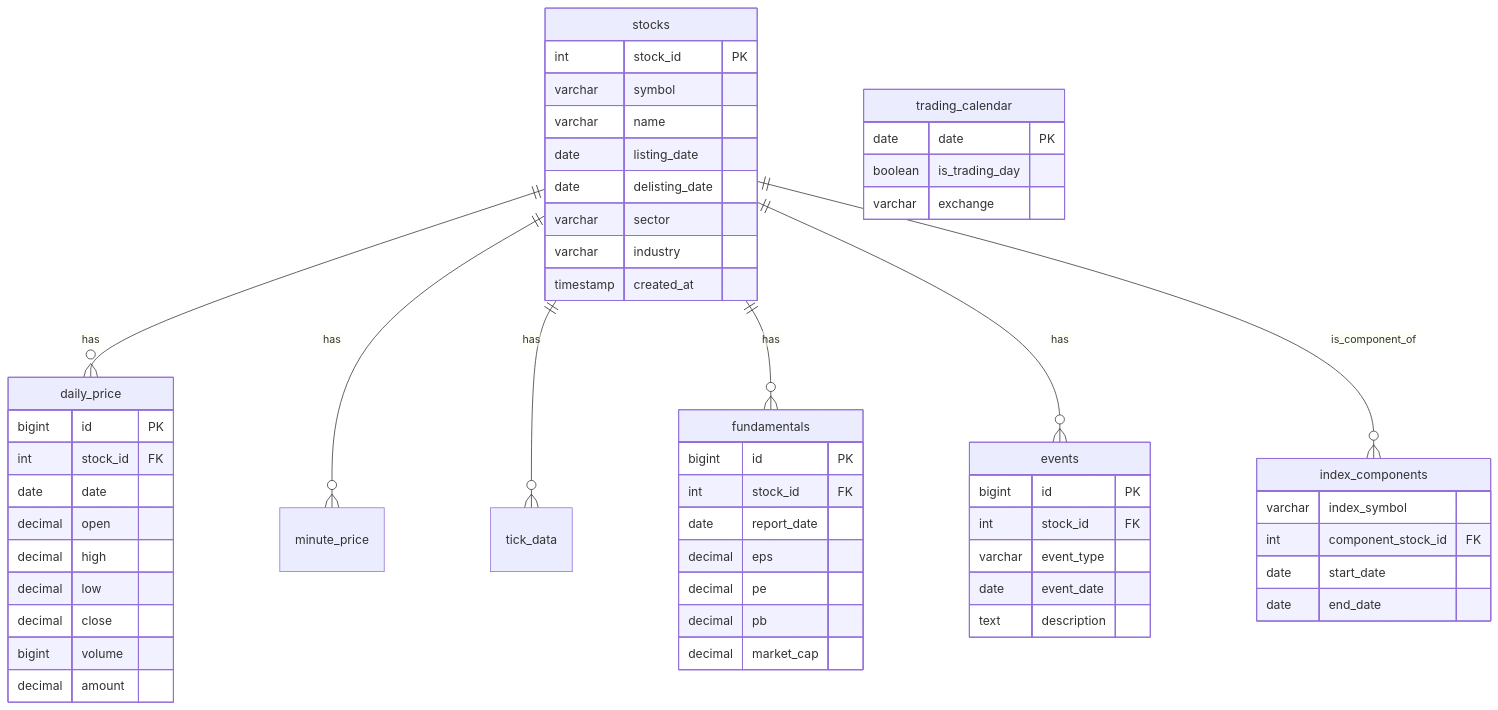
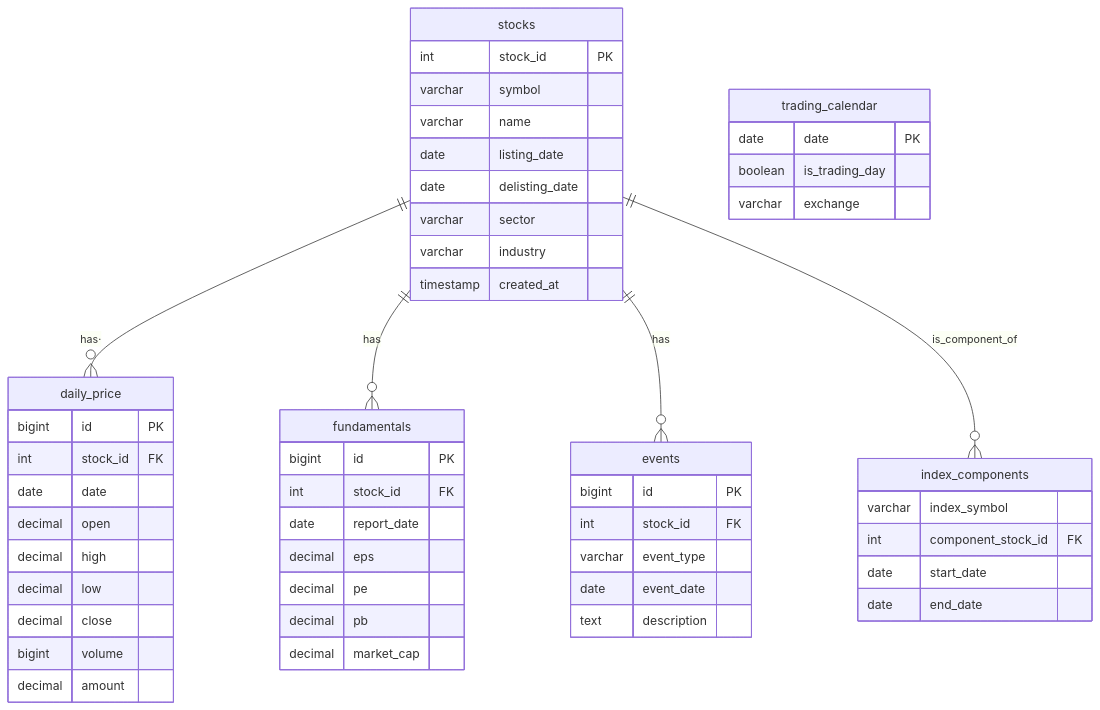
The diagram in _posts/2026-03-18-2137.md (CGNwang/CGNwang.github.io), drawn with Mermaid before and after one commit. The commit also changed other lines of this file, not shown here.

````diff
--- a/_posts/2026-03-18-2137.md
+++ b/_posts/2026-03-18-2137.md
@@ -29,63 +29,61 @@
 ```mermaid
 erDiagram
     stocks {
         int stock_id PK
         varchar symbol
         varchar name
         date listing_date
         date delisting_date
         varchar sector
         varchar industry
         timestamp created_at
     }
     
     trading_calendar {
         date date PK
         boolean is_trading_day
         varchar exchange
     }
     
     index_components {
         varchar index_symbol
         int component_stock_id FK
         date start_date
         date end_date
     }
     
     daily_price {
         bigint id PK
         int stock_id FK
         date date
         decimal open
         decimal high
         decimal low
         decimal close
         bigint volume
         decimal amount
     }
     
     fundamentals {
         bigint id PK
         int stock_id FK
         date report_date
         decimal eps
         decimal pe
         decimal pb
         decimal market_cap
     }
     
     events {
         bigint id PK
         int stock_id FK
         varchar event_type
         date event_date
         text description
     }
     
-    stocks ||--o{ daily_price : has
-    stocks ||--o{ minute_price : has
-    stocks ||--o{ tick_data : has
+    stocks ||--o{ daily_price : has·
     stocks ||--o{ fundamentals : has
     stocks ||--o{ events : has
     stocks ||--o{ index_components : is_component_of
 ```
````
